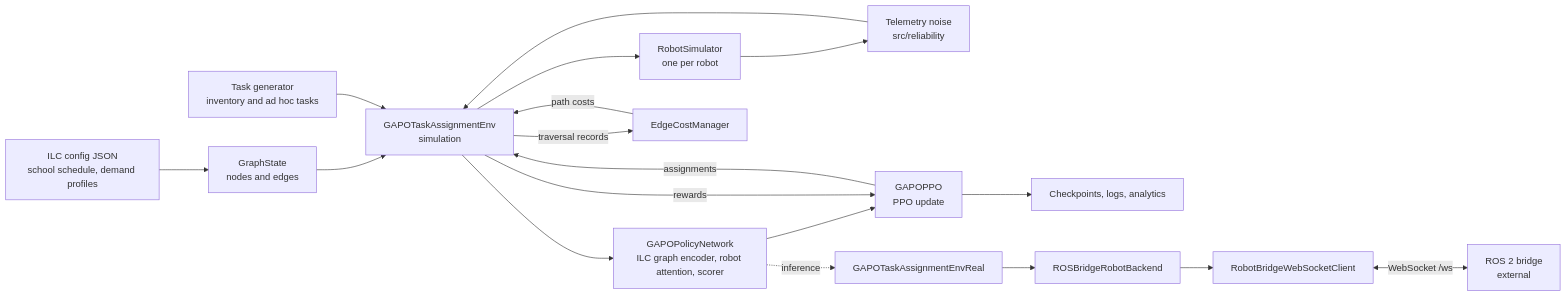
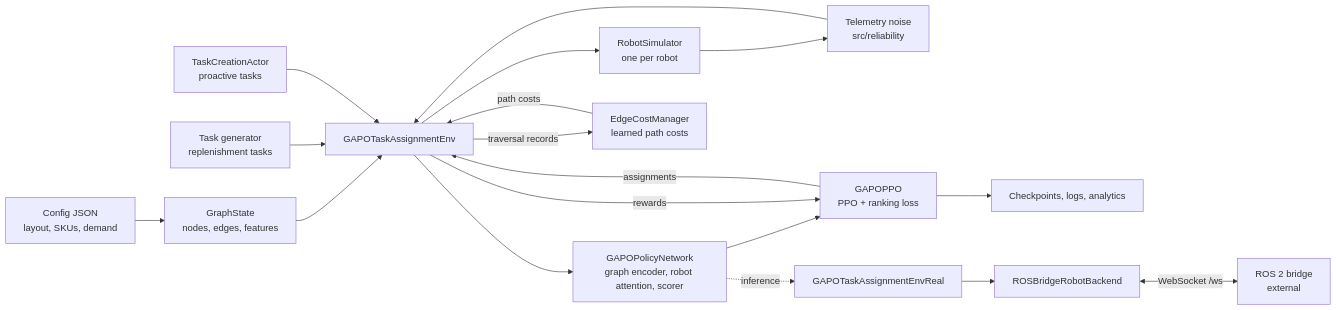
The diagram in README.md (nikhilr2907/CareAI), drawn with Mermaid before and after one commit. The commit also changed other lines of this file, not shown here.

````diff
--- a/README.md
+++ b/README.md
@@ -19,20 +21,20 @@
 ```mermaid
 flowchart LR
-    CFG[ILC config JSON<br/>school schedule, demand profiles] --> GS[GraphState<br/>nodes and edges]
-    GS --> ENV[GAPOTaskAssignmentEnv<br/>simulation]
-    TG[Task generator<br/>inventory and ad hoc tasks] --> ENV
+    CFG[Config JSON<br/>layout, SKUs, demand] --> GS[GraphState<br/>nodes, edges, features]
+    GS --> ENV[GAPOTaskAssignmentEnv]
+    TG[Task generator<br/>replenishment tasks] --> ENV
+    TCA[TaskCreationActor<br/>proactive tasks] --> ENV
     ENV --> SIM[RobotSimulator<br/>one per robot]
     SIM --> NOISE[Telemetry noise<br/>src/reliability]
     NOISE --> ENV
-    ENV --> POL[GAPOPolicyNetwork<br/>ILC graph encoder, robot attention, scorer]
-    POL --> PPO[GAPOPPO<br/>PPO update]
+    ENV --> POL[GAPOPolicyNetwork<br/>graph encoder, robot attention, scorer]
+    POL --> PPO[GAPOPPO<br/>PPO + ranking loss]
     PPO -->|assignments| ENV
     ENV -->|rewards| PPO
-    ENV -->|traversal records| EC[EdgeCostManager]
+    ENV -->|traversal records| EC[EdgeCostManager<br/>learned path costs]
     EC -->|path costs| ENV
     PPO --> OUT[Checkpoints, logs, analytics]
     POL -.->|inference| ENVR[GAPOTaskAssignmentEnvReal]
     ENVR --> BE[ROSBridgeRobotBackend]
-    BE --> WS[RobotBridgeWebSocketClient]
-    WS <-->|WebSocket /ws| ROS[ROS 2 bridge<br/>external]
+    BE <-->|WebSocket /ws| ROS[ROS 2 bridge<br/>external]
 ```
````
